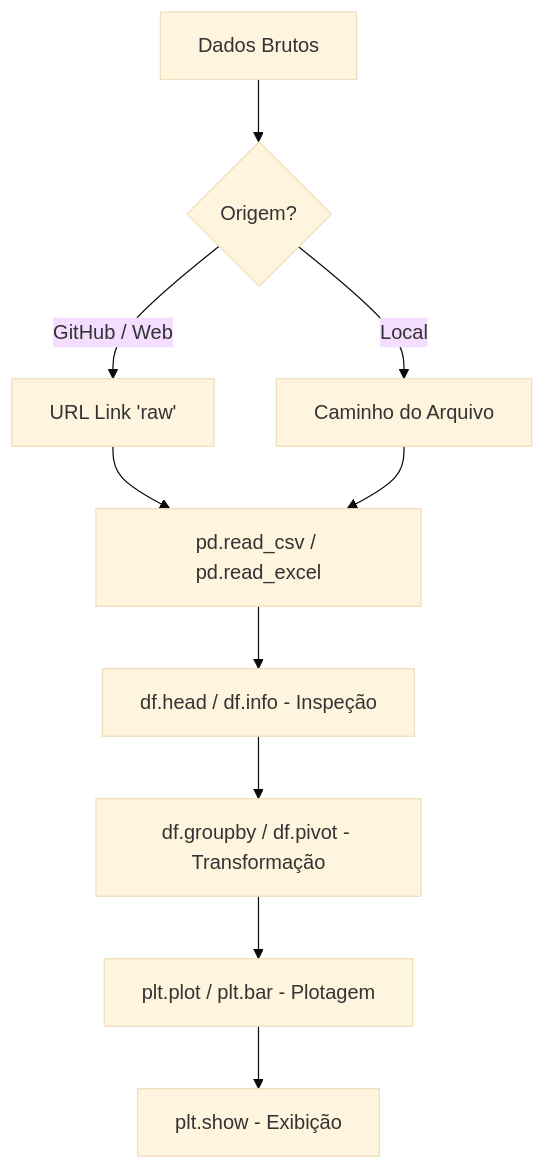
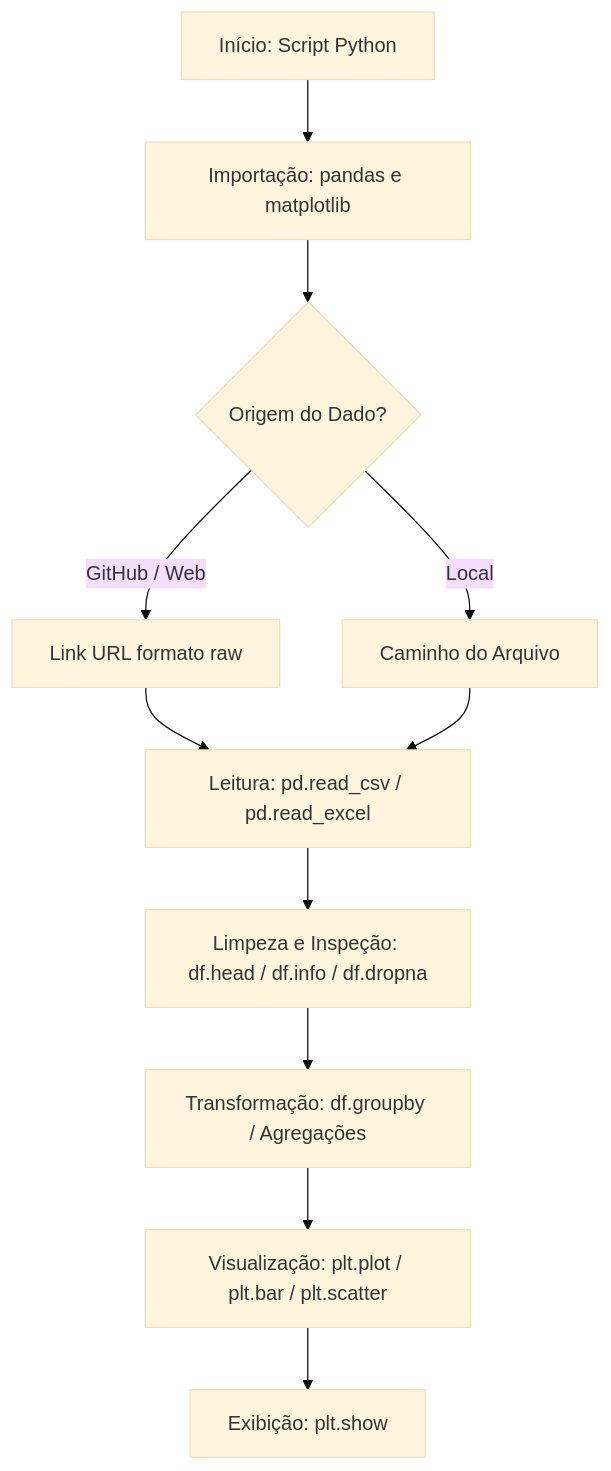
One commit to ArkellChandler/dev-log changed the first of 3 diagrams in excel/fluxogramas_teoria.md. Above: the diagram before and after it, drawn with Mermaid (base theme). The commit also changed other lines of this file, not shown here.

````diff
--- a/excel/fluxogramas_teoria.md
+++ b/excel/fluxogramas_teoria.md
@@ -4,12 +4,13 @@
 ```mermaid
 graph TD
-    A[Dados Brutos] --> B{Origem?}
-    B -->|GitHub / Web| C[URL Link 'raw']
-    B -->|Local| D[Caminho do Arquivo]
-    C --> E[pd.read_csv / pd.read_excel]
-    D --> E
-    E --> F[df.head / df.info - Inspeção]
-    F --> G[df.groupby / df.pivot - Transformação]
-    G --> H[plt.plot / plt.bar - Plotagem]
-    H --> I[plt.show - Exibição]
+    A[Início: Script Python] --> B[Importação: pandas e matplotlib]
+    B --> C{Origem do Dado?}
+    C -->|GitHub / Web| D[Link URL formato raw]
+    C -->|Local| E[Caminho do Arquivo]
+    D --> F[Leitura: pd.read_csv / pd.read_excel]
+    E --> F
+    F --> G[Limpeza e Inspeção: df.head / df.info / df.dropna]
+    G --> H[Transformação: df.groupby / Agregações]
+    H --> I[Visualização: plt.plot / plt.bar / plt.scatter]
+    I --> J[Exibição: plt.show]
 ```
````
